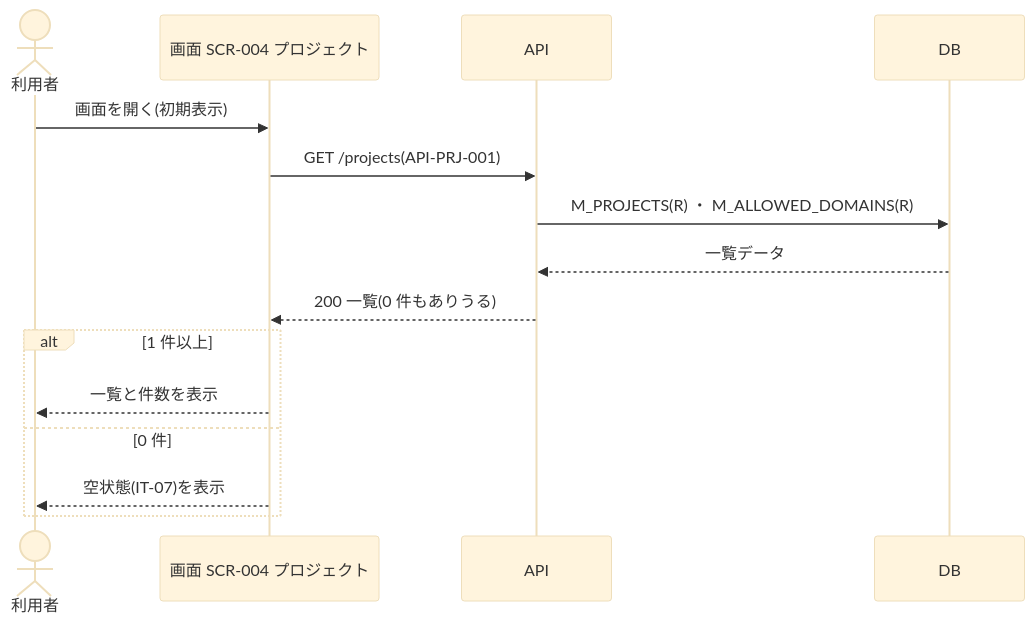
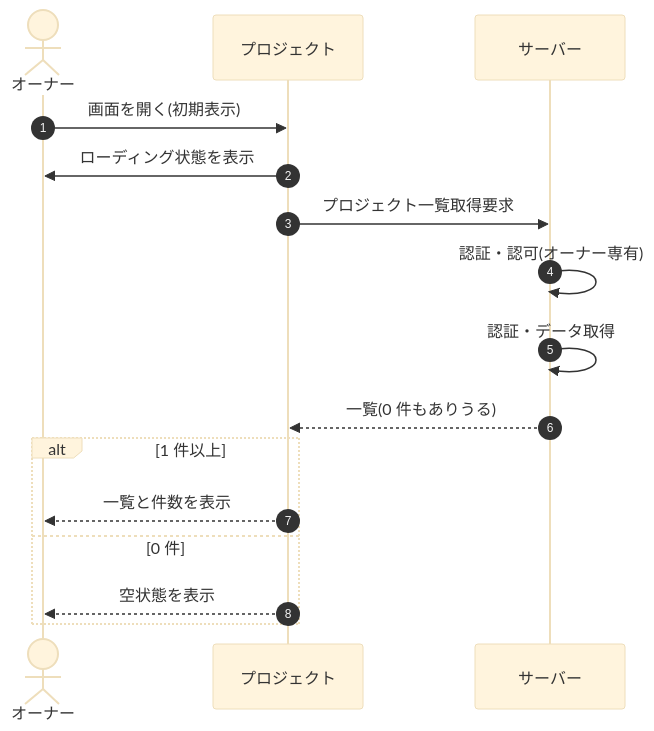
The diagram in 02_basic_design/05_sequences/SEQ-009.md (sikakou54/open-faq), drawn with Mermaid (base theme) before and after one commit. The commit also changed other lines of this file and 108 other files, not shown here.

First line of the commit message:
基本設計: シーケンス図を基本設計粒度(ユーザー/画面/サーバー)へ再編成

````diff
--- a/02_basic_design/05_sequences/SEQ-009.md
+++ b/02_basic_design/05_sequences/SEQ-009.md
@@ -25,17 +32,18 @@
 ```mermaid
 sequenceDiagram
-  actor U as 利用者
-  participant S as 画面 SCR-004 プロジェクト
-  participant API as API
-  participant DB as DB
-  U->>S: 画面を開く(初期表示)
-  S->>API: GET /projects(API-PRJ-001)
-  API->>DB: M_PROJECTS(R) ・ M_ALLOWED_DOMAINS(R)
-  DB-->>API: 一覧データ
-  API-->>S: 200 一覧(0 件もありうる)
+  autonumber
+  actor U as オーナー
+  participant Screen as プロジェクト
+  participant Server as サーバー
+  U->>Screen: 画面を開く(初期表示)
+  Screen->>U: ローディング状態を表示
+  Screen->>Server: プロジェクト一覧取得要求
+  Server->>Server: 認証・認可(オーナー専有)
+  Server->>Server: 認証・データ取得
+  Server-->>Screen: 一覧(0 件もありうる)
   alt 1 件以上
-    S-->>U: 一覧と件数を表示
+    Screen-->>U: 一覧と件数を表示
   else 0 件
-    S-->>U: 空状態(IT-07)を表示
+    Screen-->>U: 空状態を表示
   end
 ```
````
